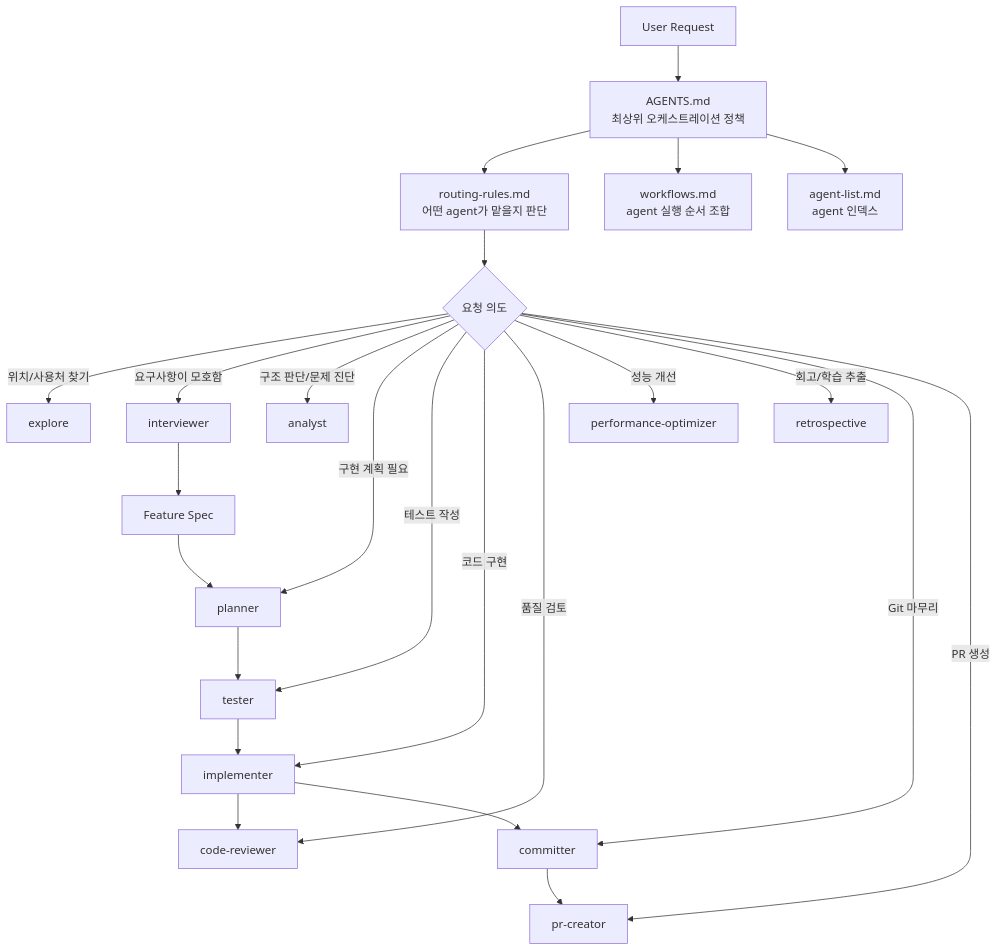
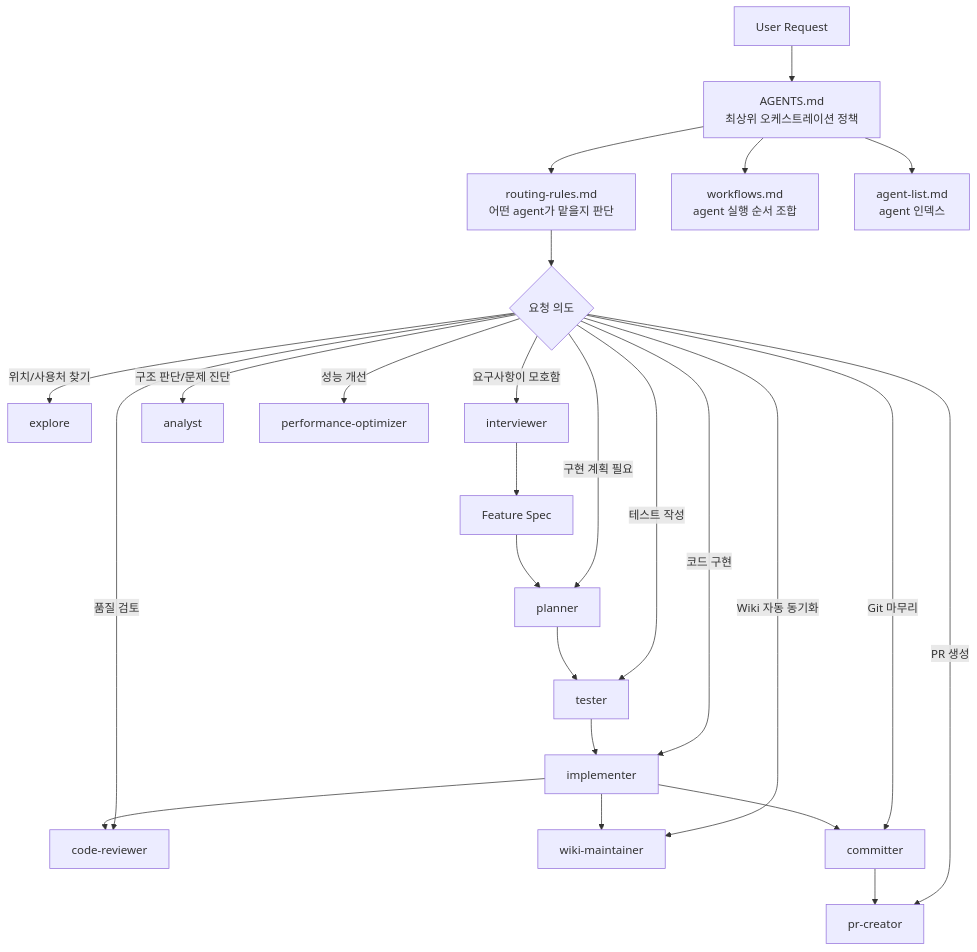
One commit to chanho0908/Keepiluv-Agent changed the first of 8 diagrams in README.md. Above: the diagram before and after it, drawn with Mermaid. The commit also changed other lines of this file and 30 other files, not shown here.

````diff
--- a/README.md
+++ b/README.md
@@ -16,30 +16,31 @@
 ```mermaid
 flowchart TD
     U["User Request"] --> A["AGENTS.md<br/>최상위 오케스트레이션 정책"]
 
     A --> R["routing-rules.md<br/>어떤 agent가 맡을지 판단"]
     A --> W["workflows.md<br/>agent 실행 순서 조합"]
     A --> L["agent-list.md<br/>agent 인덱스"]
 
     R --> D{"요청 의도"}
 
     D -->|위치/사용처 찾기| EX["explore"]
     D -->|요구사항이 모호함| IN["interviewer"]
     D -->|구조 판단/문제 진단| AN["analyst"]
     D -->|구현 계획 필요| PL["planner"]
     D -->|테스트 작성| TE["tester"]
     D -->|코드 구현| IM["implementer"]
     D -->|품질 검토| CR["code-reviewer"]
     D -->|성능 개선| PO["performance-optimizer"]
-    D -->|회고/학습 추출| RE["retrospective"]
+    D -->|Wiki 자동 동기화| WM["wiki-maintainer"]
     D -->|Git 마무리| CO["committer"]
     D -->|PR 생성| PR["pr-creator"]
 
     IN --> FS["Feature Spec"]
     FS --> PL
     PL --> TE
     TE --> IM
     IM --> CR
+    IM --> WM
     IM --> CO
     CO --> PR
 ```
````
